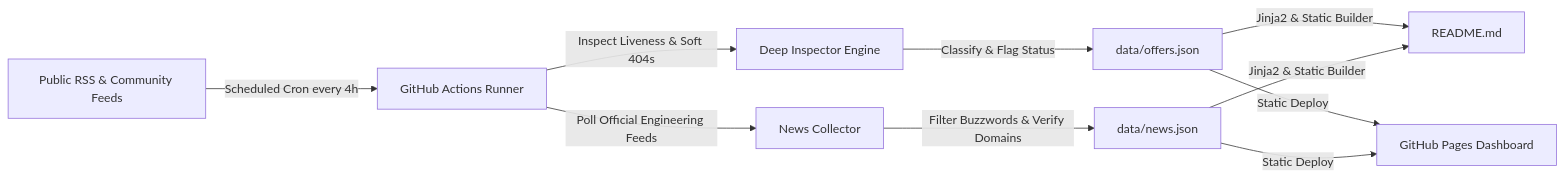
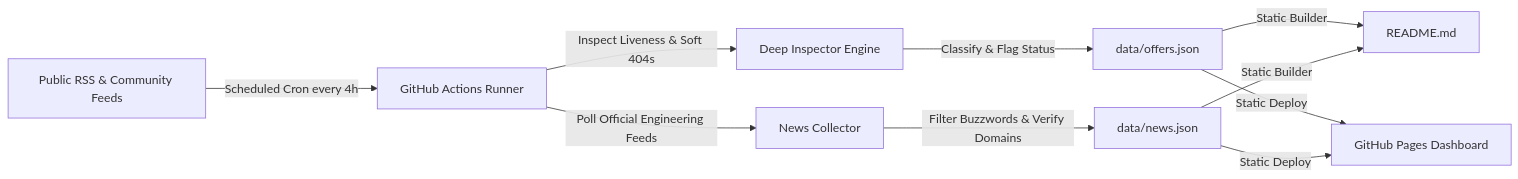
The diagram in README.md (Athish2002/free-certification-tracker), drawn with Mermaid before and after one commit. The commit also changed other lines of this file and 2 other files, not shown here.

````diff
--- a/README.md
+++ b/README.md
@@ -252,10 +252,10 @@
 ```mermaid
 flowchart LR
     A[Public RSS & Community Feeds] -->|Scheduled Cron every 4h| B[GitHub Actions Runner]
     B -->|Inspect Liveness & Soft 404s| C[Deep Inspector Engine]
     B -->|Poll Official Engineering Feeds| N[News Collector]
     C -->|Classify & Flag Status| D[data/offers.json]
     N -->|Filter Buzzwords & Verify Domains| M[data/news.json]
-    D & M -->|Jinja2 & Static Builder| E[README.md]
+    D & M -->|Static Builder| E[README.md]
     D & M -->|Static Deploy| F[GitHub Pages Dashboard]
 ```
````
